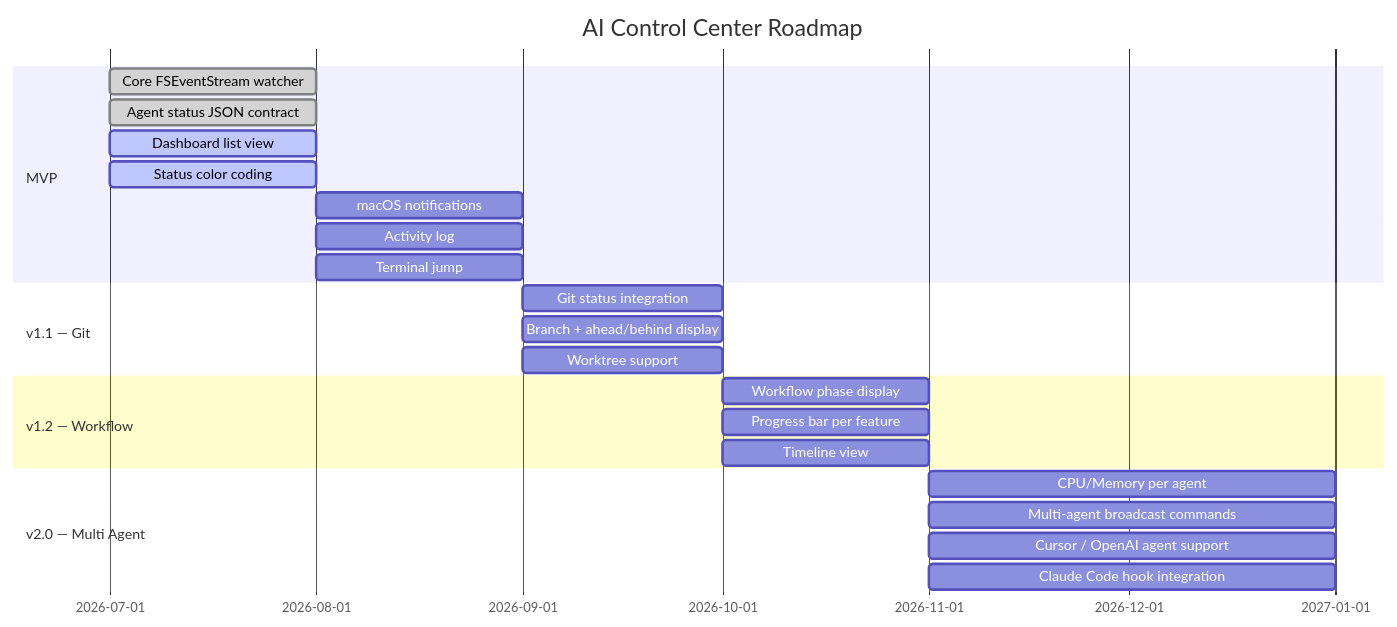
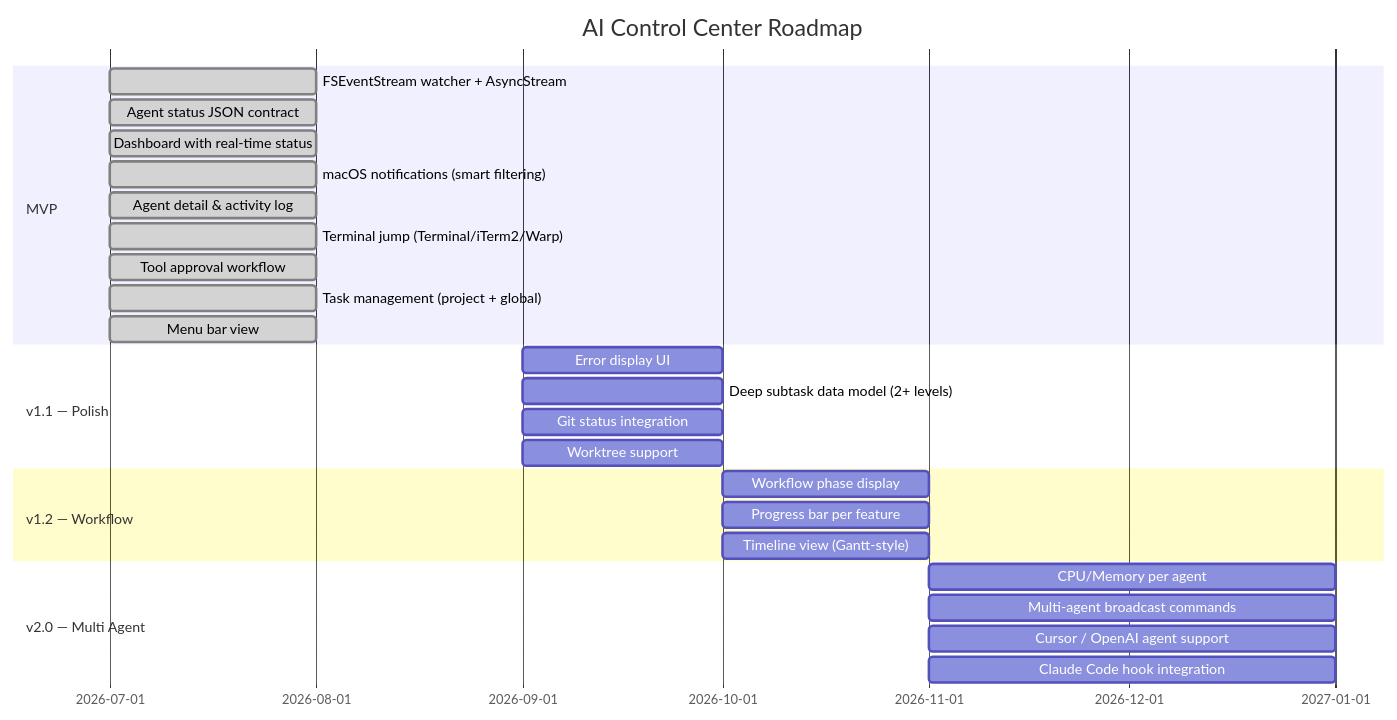
The third of 3 diagrams in README.md (nnm-tgr/ai-control-center), drawn with Mermaid before and after one commit. The commit also changed other lines of this file, not shown here.

First line of the commit message:
Update README.md to reflect MVP completion and enhance feature descriptions

````diff
--- a/README.md
+++ b/README.md
@@ -421,29 +457,32 @@
 ```mermaid
 gantt
     title AI Control Center Roadmap
     dateFormat  YYYY-MM
     section MVP
-    Core FSEventStream watcher     :done,    2026-07, 2026-08
-    Agent status JSON contract     :done,    2026-07, 2026-08
-    Dashboard list view            :active,  2026-07, 2026-08
-    Status color coding            :active,  2026-07, 2026-08
-    macOS notifications            :         2026-08, 2026-09
-    Activity log                   :         2026-08, 2026-09
-    Terminal jump                  :         2026-08, 2026-09
+    FSEventStream watcher + AsyncStream     :done,    2026-07, 2026-08
+    Agent status JSON contract              :done,    2026-07, 2026-08
+    Dashboard with real-time status         :done,    2026-07, 2026-08
+    macOS notifications (smart filtering)   :done,    2026-07, 2026-08
+    Agent detail & activity log             :done,    2026-07, 2026-08
+    Terminal jump (Terminal/iTerm2/Warp)    :done,    2026-07, 2026-08
+    Tool approval workflow                  :done,    2026-07, 2026-08
+    Task management (project + global)      :done,    2026-07, 2026-08
+    Menu bar view                           :done,    2026-07, 2026-08
 
-    section v1.1 — Git
-    Git status integration         :         2026-09, 2026-10
-    Branch + ahead/behind display  :         2026-09, 2026-10
-    Worktree support               :         2026-09, 2026-10
+    section v1.1 — Polish
+    Error display UI                        :         2026-09, 2026-10
+    Deep subtask data model (2+ levels)     :         2026-09, 2026-10
+    Git status integration                  :         2026-09, 2026-10
+    Worktree support                        :         2026-09, 2026-10
 
     section v1.2 — Workflow
-    Workflow phase display         :         2026-10, 2026-11
-    Progress bar per feature       :         2026-10, 2026-11
-    Timeline view                  :         2026-10, 2026-11
+    Workflow phase display                  :         2026-10, 2026-11
+    Progress bar per feature                :         2026-10, 2026-11
+    Timeline view (Gantt-style)             :         2026-10, 2026-11
 
     section v2.0 — Multi Agent
-    CPU/Memory per agent           :         2026-11, 2027-01
-    Multi-agent broadcast commands :         2026-11, 2027-01
-    Cursor / OpenAI agent support  :         2026-11, 2027-01
-    Claude Code hook integration   :         2026-11, 2027-01
+    CPU/Memory per agent                    :         2026-11, 2027-01
+    Multi-agent broadcast commands          :         2026-11, 2027-01
+    Cursor / OpenAI agent support           :         2026-11, 2027-01
+    Claude Code hook integration            :         2026-11, 2027-01
 ```
````
